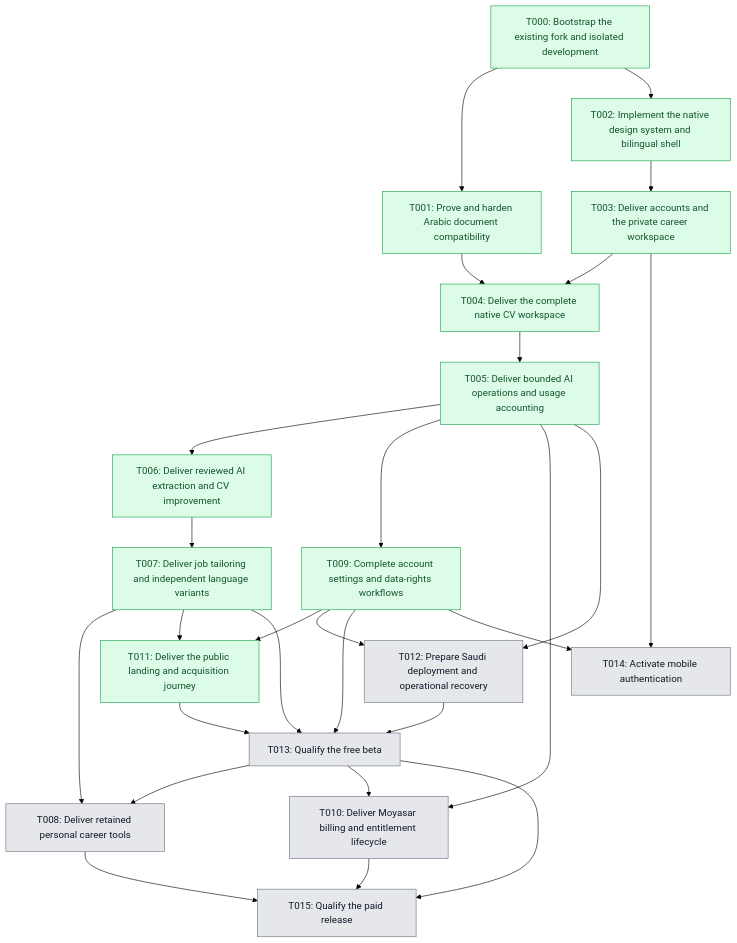
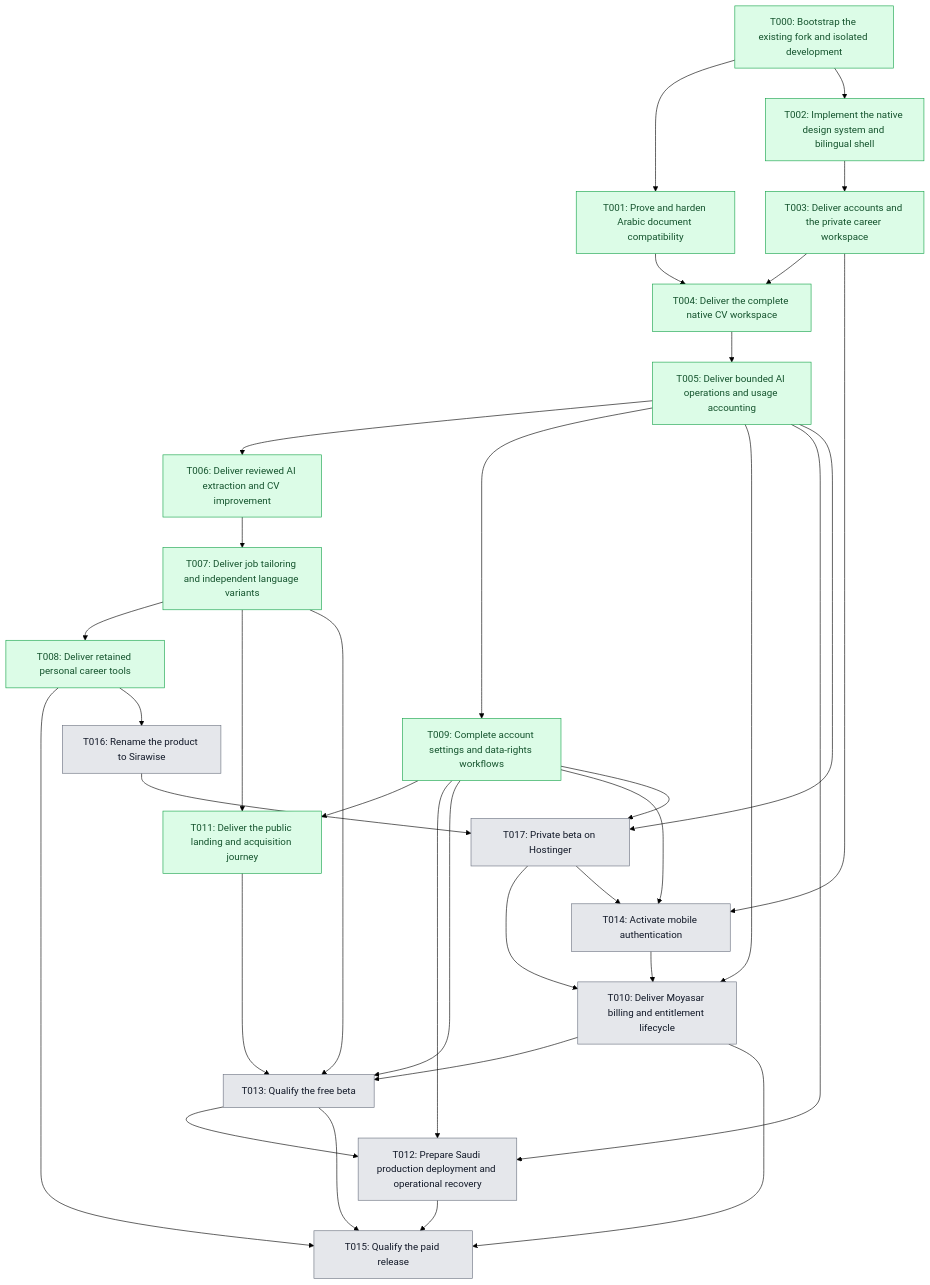
Before and after one commit to 0-sayed/master-cv: the diagram in Planning/roadmap/dependencies.mmd, drawn with Mermaid (forest theme). The commit also changed 12 other files, not shown here.

```diff
--- a/Planning/roadmap/dependencies.mmd
+++ b/Planning/roadmap/dependencies.mmd
@@ -1,49 +1,63 @@
 flowchart TD
     T000["T000: Bootstrap the existing fork and isolated development"]
     T001["T001: Prove and harden Arabic document compatibility"]
     T002["T002: Implement the native design system and bilingual shell"]
     T003["T003: Deliver accounts and the private career workspace"]
     T004["T004: Deliver the complete native CV workspace"]
     T005["T005: Deliver bounded AI operations and usage accounting"]
     T006["T006: Deliver reviewed AI extraction and CV improvement"]
     T007["T007: Deliver job tailoring and independent language variants"]
     T008["T008: Deliver retained personal career tools"]
     T009["T009: Complete account settings and data-rights workflows"]
     T010["T010: Deliver Moyasar billing and entitlement lifecycle"]
     T011["T011: Deliver the public landing and acquisition journey"]
-    T012["T012: Prepare Saudi deployment and operational recovery"]
+    T017["T017: Private beta on Hostinger"]
+    T016["T016: Rename the product to Sirawise"]
+    T012["T012: Prepare Saudi production deployment and operational recovery"]
     T013["T013: Qualify the free beta"]
     T014["T014: Activate mobile authentication"]
     T015["T015: Qualify the paid release"]
 
     T000 --> T001
     T000 --> T002
     T002 --> T003
     T001 --> T004
     T003 --> T004
     T004 --> T005
     T005 --> T006
     T006 --> T007
     T007 --> T008
-    T013 --> T008
+    %% D39 (Sayed, 2026-11-16): T008 builds before T012/T013; no deployment work.
+    %% Release order only: S32-S34 stay post-beta; T013 decides their beta availability.
     T005 --> T009
-    T005 --> T010
-    T013 --> T010
     T007 --> T011
     T009 --> T011
+
+    %% D43: T008 -> T016 -> T017 -> T014 -> T010 -> T013 -> T012 -> T015.
+    %% T012 follows client pilot approval; production charging waits for T012/T015.
+    T005 --> T010
+    T014 --> T010
+    T017 --> T010
     T005 --> T012
     T009 --> T012
+    T013 --> T012
     T007 --> T013
     T009 --> T013
+    T010 --> T013
     T011 --> T013
-    T012 --> T013
     T003 --> T014
     T009 --> T014
+    T017 --> T014
     T008 --> T015
     T010 --> T015
+    T012 --> T015
     T013 --> T015
+    T008 --> T016
+    T005 --> T017
+    T009 --> T017
+    T016 --> T017
 
     classDef pending fill:#e5e7eb,stroke:#6b7280,color:#111827;
     classDef done fill:#dcfce7,stroke:#16a34a,color:#14532d;
-    class T000,T001,T002,T003,T004,T005,T006,T007,T009,T011 done;
-    class T008,T010,T012,T013,T014,T015 pending;
+    class T000,T001,T002,T003,T004,T005,T006,T007,T008,T009,T011 done;
+    class T010,T012,T013,T014,T015,T016,T017 pending;
```
